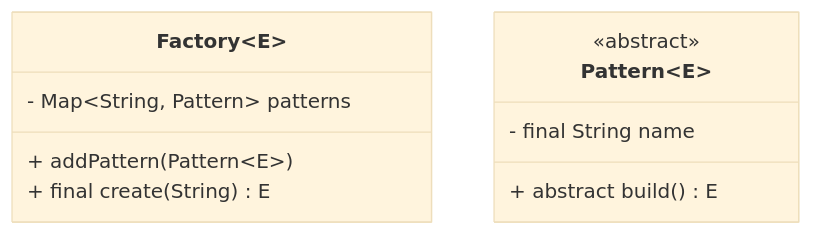
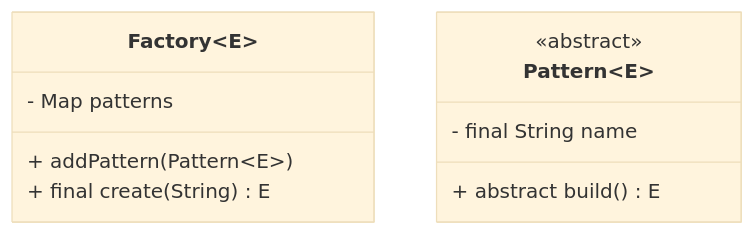
The fifth of 37 diagrams in documentation/Version_0_1.md (StrangeClone/GreatGame), drawn with Mermaid (base theme) before and after one commit. The commit also changed other lines of this file, not shown here.

````diff
--- a/documentation/Version_0_1.md
+++ b/documentation/Version_0_1.md
@@ -289,13 +289,13 @@
 ```mermaid
 classDiagram
     class Factory~E~ {
-        - Map~String, Pattern~ patterns
+        - Map<String, Pattern> patterns
         + addPattern(Pattern~E~)
         + final create(String) E
     }
     class Pattern~E~ {
         <<abstract>>
         - final String name
         + abstract build() E
     }
 ```
````
